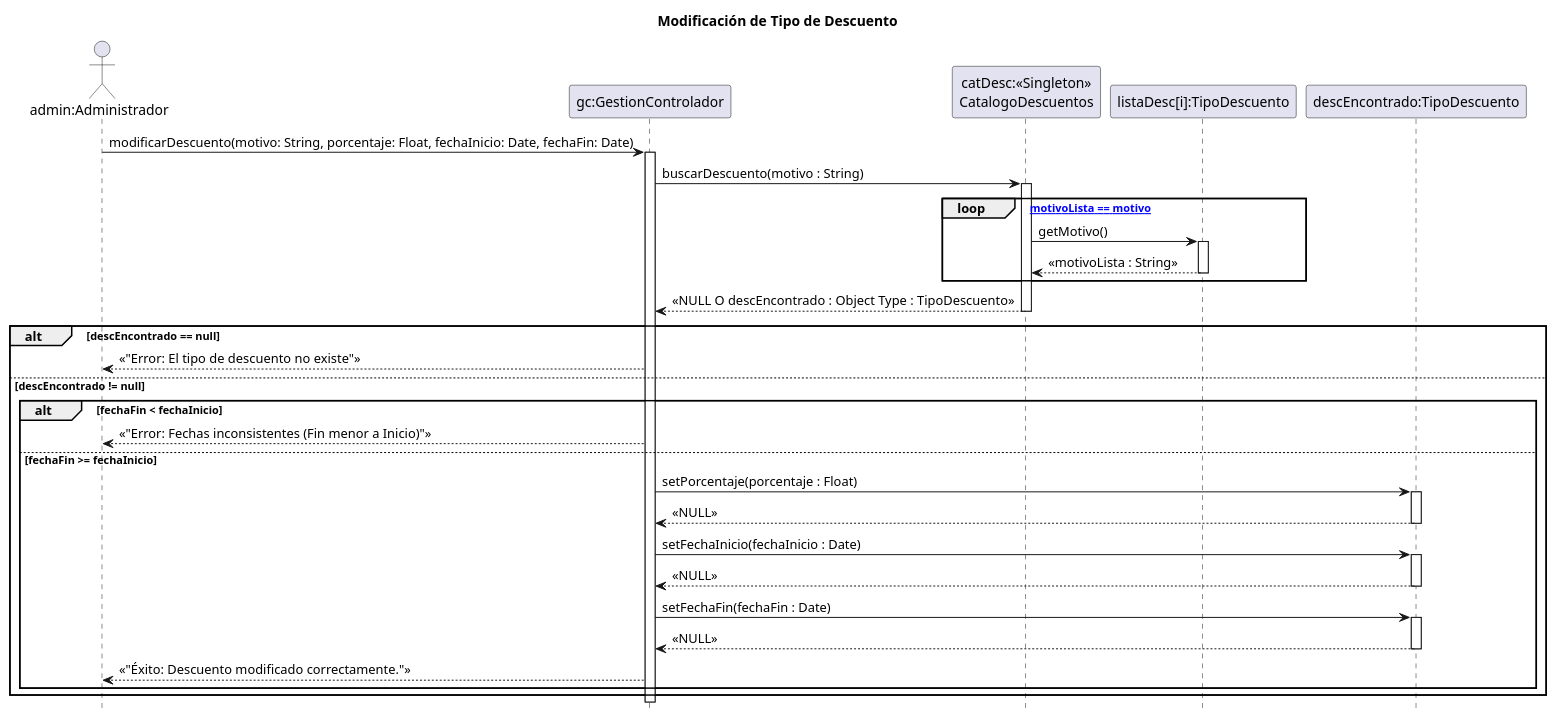
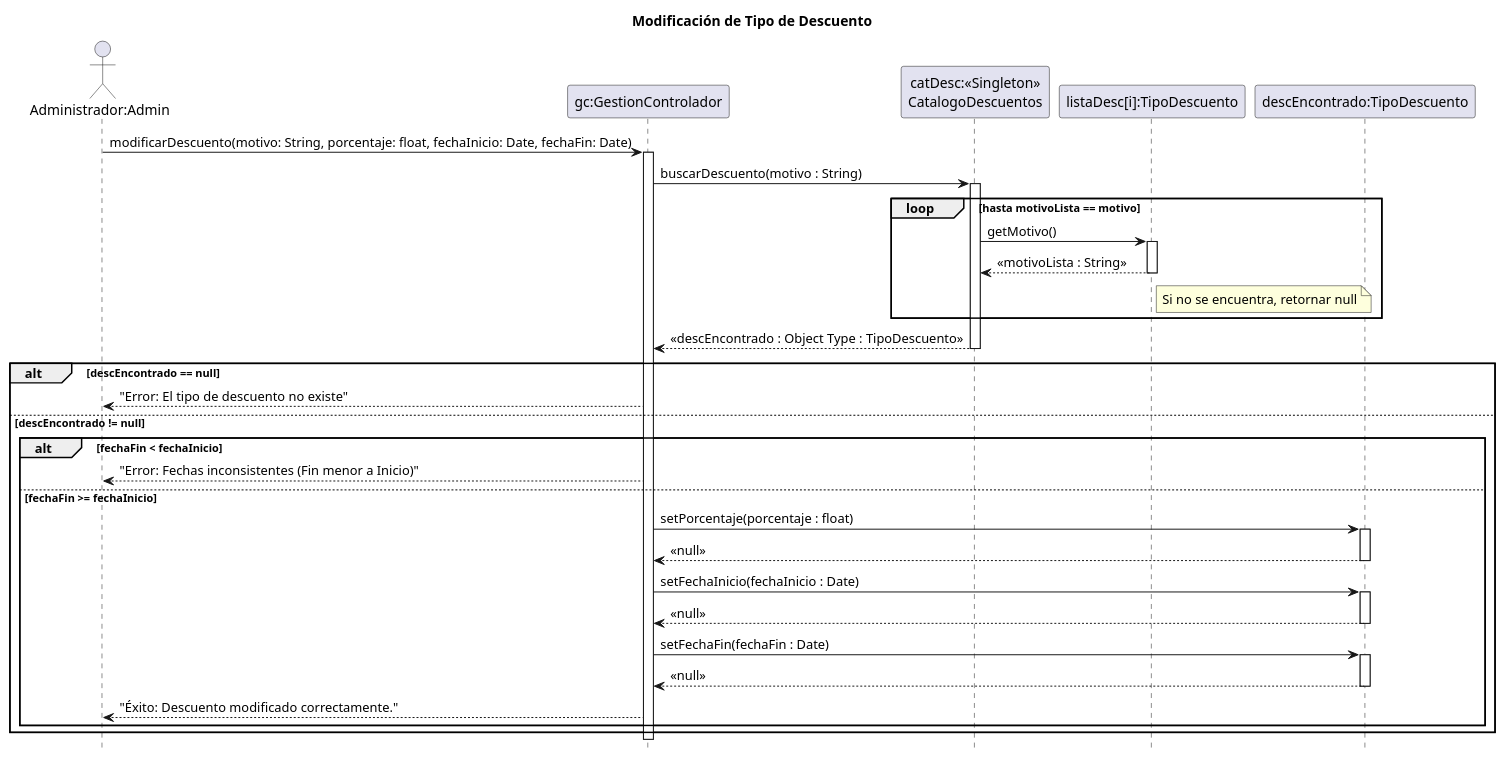
One commit to zEzequR/PF-I changed the diagram in 08 - Diagramas de Secuencia de Diseño/ModificarTipoDescuento/ModificarTipoDescuento.wsd. Above: the diagram before and after it, drawn with PlantUML. The commit also changed 17 other files, not shown here.

```diff
--- a/08 - Diagramas de Secuencia de Diseño/ModificarTipoDescuento/ModificarTipoDescuento.wsd
+++ b/08 - Diagramas de Secuencia de Diseño/ModificarTipoDescuento/ModificarTipoDescuento.wsd
@@ -1,62 +1,64 @@
 @startuml
 title Modificación de Tipo de Descuento
 hide footbox
 
-actor "admin:Administrador" as admin
+actor "Administrador:Admin" as admin
 participant "gc:GestionControlador" as ctrl
 participant "catDesc:<<Singleton>>\nCatalogoDescuentos" as cat
 participant "listaDesc[i]:TipoDescuento" as listTD
 participant "descEncontrado:TipoDescuento" as td
 
-admin -> ctrl : modificarDescuento(motivo: String, porcentaje: Float, fechaInicio: Date, fechaFin: Date)
+admin -> ctrl : modificarDescuento(motivo: String, porcentaje: float, fechaInicio: Date, fechaFin: Date)
 activate ctrl
 
 ctrl -> cat : buscarDescuento(motivo : String)
 activate cat
 
-    loop [hasta motivoLista == motivo]
-        cat -> listTD : getMotivo()
-        activate listTD
-        listTD --> cat : «motivoLista : String»
-        deactivate listTD
-    end
+loop hasta motivoLista == motivo
+    cat -> listTD : getMotivo()
+    activate listTD
+    listTD --> cat : <<motivoLista : String>>
+    
+    note right of listTD : Si no se encuentra, retornar null
+    
+    deactivate listTD
+end
 
-cat --> ctrl : «NULL O descEncontrado : Object Type : TipoDescuento»
+cat --> ctrl : <<descEncontrado : Object Type : TipoDescuento>>
 deactivate cat
 
 alt descEncontrado == null
     
-    ctrl --> admin : «"Error: El tipo de descuento no existe"»
+    ctrl --> admin : "Error: El tipo de descuento no existe"
 
 else descEncontrado != null
 
     alt fechaFin < fechaInicio
         
-        ctrl --> admin : «"Error: Fechas inconsistentes (Fin menor a Inicio)"»
+        ctrl --> admin : "Error: Fechas inconsistentes (Fin menor a Inicio)"
     
     else fechaFin >= fechaInicio
 
-
-        ctrl -> td : setPorcentaje(porcentaje : Float)
+        ctrl -> td : setPorcentaje(porcentaje : float)
         activate td
-        td --> ctrl : «NULL»
+        td --> ctrl : <<null>>
         deactivate td
 
         ctrl -> td : setFechaInicio(fechaInicio : Date)
         activate td
-        td --> ctrl : «NULL»
+        td --> ctrl : <<null>>
         deactivate td
 
         ctrl -> td : setFechaFin(fechaFin : Date)
         activate td
-        td --> ctrl : «NULL»
+        td --> ctrl : <<null>>
         deactivate td
 
-        ctrl --> admin : «"Éxito: Descuento modificado correctamente."»
+        ctrl --> admin : "Éxito: Descuento modificado correctamente."
     
     end
 
 end
 
 deactivate ctrl
 @enduml
```
